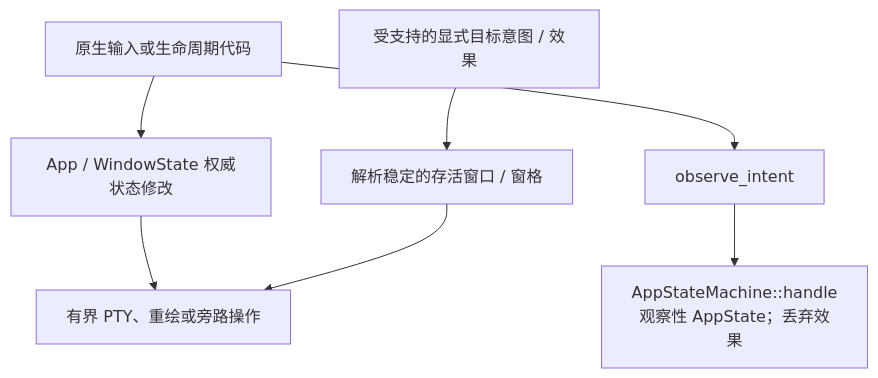
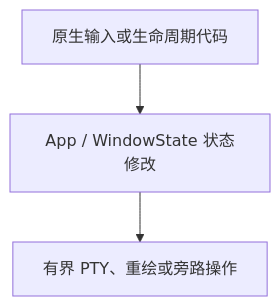
One commit to D0n9X1n/SonicTerm changed the third of 3 diagrams in wiki/Runtime-Lifecycle-zh-CN.md. Above: the diagram before and after it, drawn with Mermaid. The commit also changed other lines of this file and 458 other files, not shown here.

````diff
--- a/wiki/Runtime-Lifecycle-zh-CN.md
+++ b/wiki/Runtime-Lifecycle-zh-CN.md
@@ -268,14 +265,8 @@
 ```mermaid
 flowchart TD
     source["原生输入或生命周期代码"]
-    live["App / WindowState 权威状态修改"]
-    observe["observe_intent"]
-    machine["AppStateMachine::handle<br/>观察性 AppState；丢弃效果"]
-    explicit["受支持的显式目标意图 / 效果"]
-    resolve["解析稳定的存活窗口 / 窗格"]
+    live["App / WindowState 状态修改"]
     boundary["有界 PTY、重绘或旁路操作"]
 
     source --> live --> boundary
-    source --> observe --> machine
-    explicit --> resolve --> boundary
 ```
````
